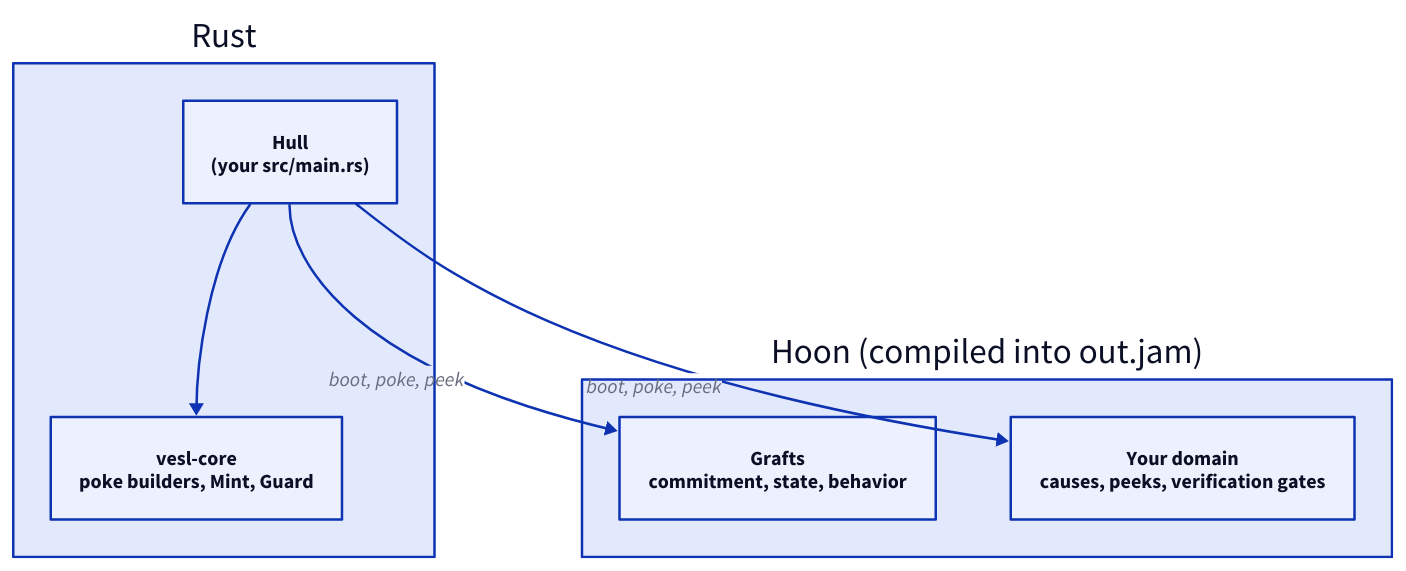
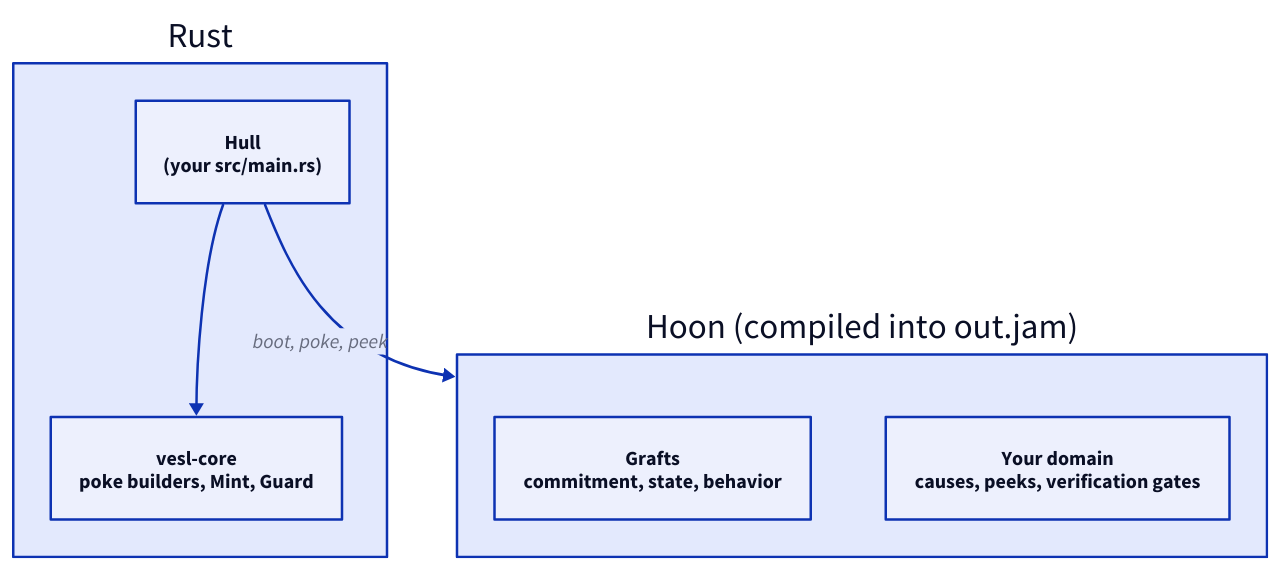
Before and after one commit to zkvesl/docs: the diagram in docs/build/anatomy.md, drawn with D2. The commit also changed 2 other files, not shown here.

Commit message:
docs: round 2 follow-up polish — D2 layout + splicing prose tighten
- anatomy.md: collapse duplicate hull→hoon arrows in the kernel-hull diagram
- grafts/index.md: tighten the why-splicing prose; preview-by-default rationale
- real-app.md: switch markers container to right-flowing layout

````diff
--- a/docs/build/anatomy.md
+++ b/docs/build/anatomy.md
@@ -30,17 +30,16 @@
 ```d2
 direction: down
 
 rust: Rust {
   hull: "Hull\n(your src/main.rs)"
   core: "vesl-core\npoke builders, Mint, Guard"
   hull -> core
 }
 
 hoon: "Hoon (compiled into out.jam)" {
   grafts: "Grafts\ncommitment, state, behavior"
   domain: "Your domain\ncauses, peeks, verification gates"
 }
 
-rust.hull -> hoon.grafts: "boot, poke, peek"
-rust.hull -> hoon.domain: "boot, poke, peek"
+rust.hull -> hoon: "boot, poke, peek"
 ```
````
